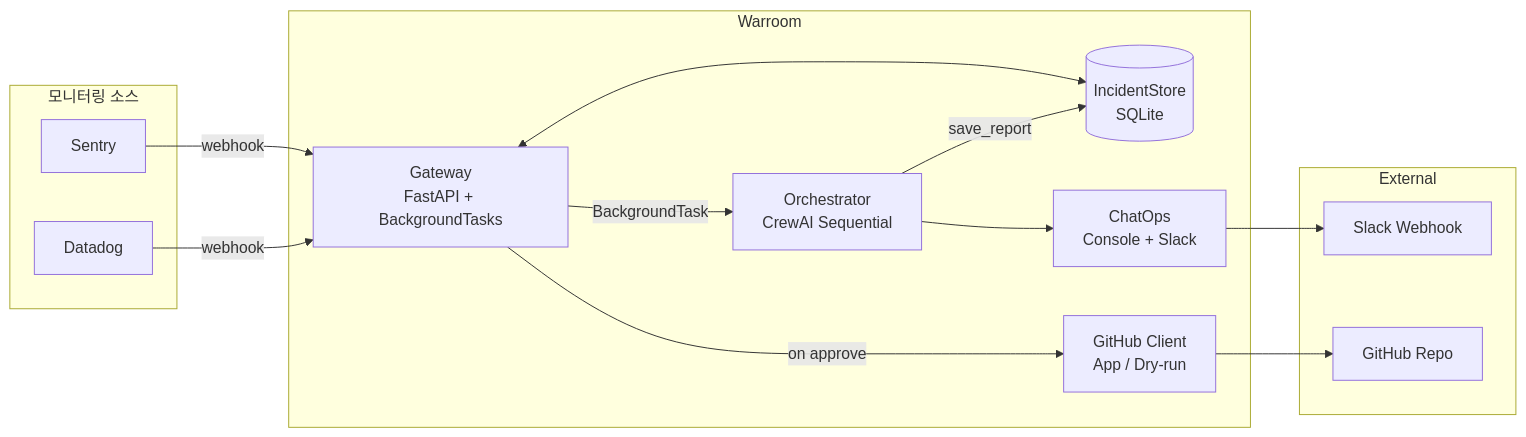
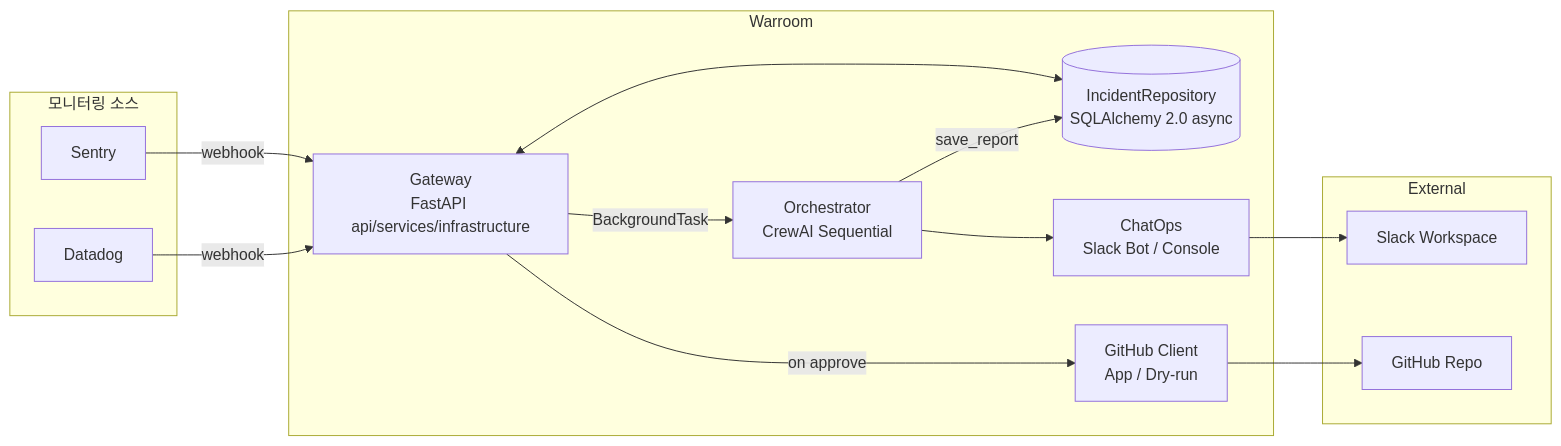
One commit to dlwodnjs724/warroom changed the first of 2 diagrams in docs/architecture.md. Above: the diagram before and after it, drawn with Mermaid. The commit also changed other lines of this file and 7 other files, not shown here.

````diff
--- a/docs/architecture.md
+++ b/docs/architecture.md
@@ -11,30 +11,30 @@
 ```mermaid
 flowchart LR
     subgraph Sources [모니터링 소스]
         S[Sentry]
         D[Datadog]
     end
 
     subgraph Warroom
-        GW[Gateway<br/>FastAPI + BackgroundTasks]
-        STORE[(IncidentStore<br/>SQLite)]
+        GW[Gateway<br/>FastAPI api/services/infrastructure]
+        REPO[(IncidentRepository<br/>SQLAlchemy 2.0 async)]
         ORCH[Orchestrator<br/>CrewAI Sequential]
-        NOTIF[ChatOps<br/>Console + Slack]
+        NOTIF[ChatOps<br/>Slack Bot / Console]
         GH[GitHub Client<br/>App / Dry-run]
     end
 
     subgraph External
-        SL[Slack Webhook]
-        REPO[GitHub Repo]
+        SL[Slack Workspace]
+        REPOEXT[GitHub Repo]
     end
 
     S -->|webhook| GW
     D -->|webhook| GW
-    GW <--> STORE
+    GW <--> REPO
     GW -->|BackgroundTask| ORCH
     ORCH --> NOTIF
-    ORCH -->|save_report| STORE
+    ORCH -->|save_report| REPO
     NOTIF --> SL
     GW -->|on approve| GH
-    GH --> REPO
+    GH --> REPOEXT
 ```
````
